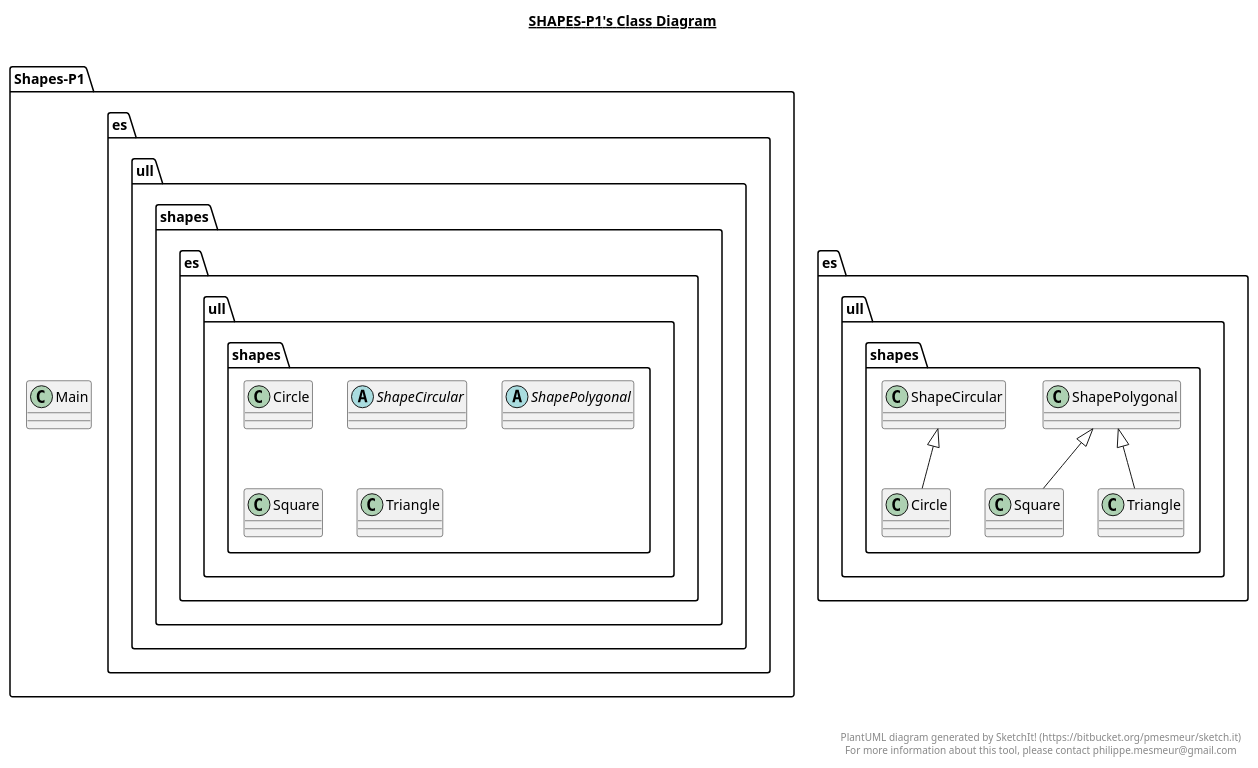
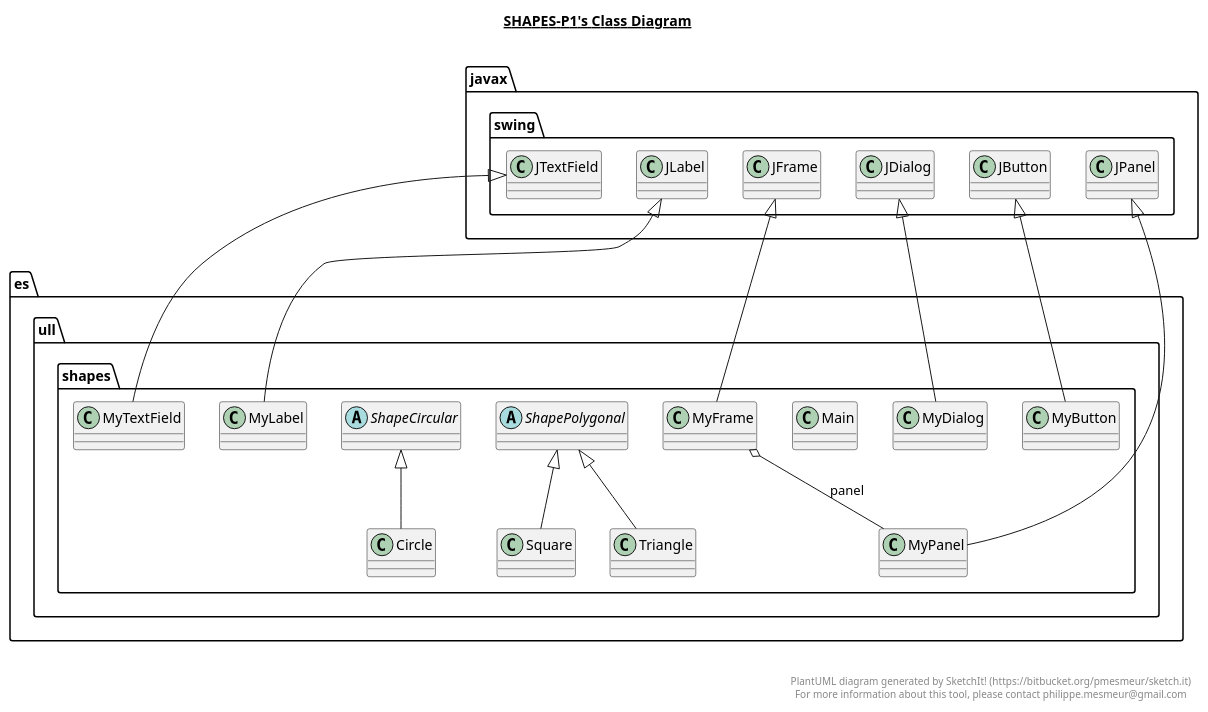
One commit to CelesteLD/P01-DAP-Parte2 changed the diagram in Shapes-P1.plantuml. Above: the diagram before and after it, drawn with PlantUML. The commit also changed 24 other files, not shown here.

```diff
--- a/Shapes-P1.plantuml
+++ b/Shapes-P1.plantuml
@@ -1,63 +1,96 @@
 @startuml
 
 title __SHAPES-P1's Class Diagram__\n
 
-  namespace Shapes-P1 {
-    class Main {
+  namespace es.ull.shapes {
+    class es.ull.shapes.Circle {
     }
   }
   
 
-  namespace Shapes-P1 {
-    namespace es.ull.shapes {
-      class es.ull.shapes.Circle {
-      }
+  namespace es.ull.shapes {
+    class es.ull.shapes.Main {
     }
   }
   
 
-  namespace Shapes-P1 {
-    namespace es.ull.shapes {
-      abstract class es.ull.shapes.ShapeCircular {
-      }
+  namespace es.ull.shapes {
+    class es.ull.shapes.MyButton {
     }
   }
   
 
-  namespace Shapes-P1 {
-    namespace es.ull.shapes {
-      abstract class es.ull.shapes.ShapePolygonal {
-      }
+  namespace es.ull.shapes {
+    class es.ull.shapes.MyDialog {
     }
   }
   
 
-  namespace Shapes-P1 {
-    namespace es.ull.shapes {
-      class es.ull.shapes.Square {
-      }
+  namespace es.ull.shapes {
+    class es.ull.shapes.MyFrame {
     }
   }
   
 
-  namespace Shapes-P1 {
-    namespace es.ull.shapes {
-      class es.ull.shapes.Triangle {
-      }
+  namespace es.ull.shapes {
+    class es.ull.shapes.MyLabel {
+    }
+  }
+  
+
+  namespace es.ull.shapes {
+    class es.ull.shapes.MyPanel {
+    }
+  }
+  
+
+  namespace es.ull.shapes {
+    class es.ull.shapes.MyTextField {
+    }
+  }
+  
+
+  namespace es.ull.shapes {
+    abstract class es.ull.shapes.ShapeCircular {
+    }
+  }
+  
+
+  namespace es.ull.shapes {
+    abstract class es.ull.shapes.ShapePolygonal {
+    }
+  }
+  
+
+  namespace es.ull.shapes {
+    class es.ull.shapes.Square {
+    }
+  }
+  
+
+  namespace es.ull.shapes {
+    class es.ull.shapes.Triangle {
     }
   }
   
 
   es.ull.shapes.Circle -up-|> es.ull.shapes.ShapeCircular
+  es.ull.shapes.MyButton -up-|> javax.swing.JButton
+  es.ull.shapes.MyDialog -up-|> javax.swing.JDialog
+  es.ull.shapes.MyFrame -up-|> javax.swing.JFrame
+  es.ull.shapes.MyFrame o-- es.ull.shapes.MyPanel : panel
+  es.ull.shapes.MyLabel -up-|> javax.swing.JLabel
+  es.ull.shapes.MyPanel -up-|> javax.swing.JPanel
+  es.ull.shapes.MyTextField -up-|> javax.swing.JTextField
   es.ull.shapes.Square -up-|> es.ull.shapes.ShapePolygonal
   es.ull.shapes.Triangle -up-|> es.ull.shapes.ShapePolygonal
 
 
 right footer
 
 
 PlantUML diagram generated by SketchIt! (https://bitbucket.org/pmesmeur/sketch.it)
 For more information about this tool, please contact philippe.mesmeur@gmail.com
 endfooter
 
 @enduml
```
